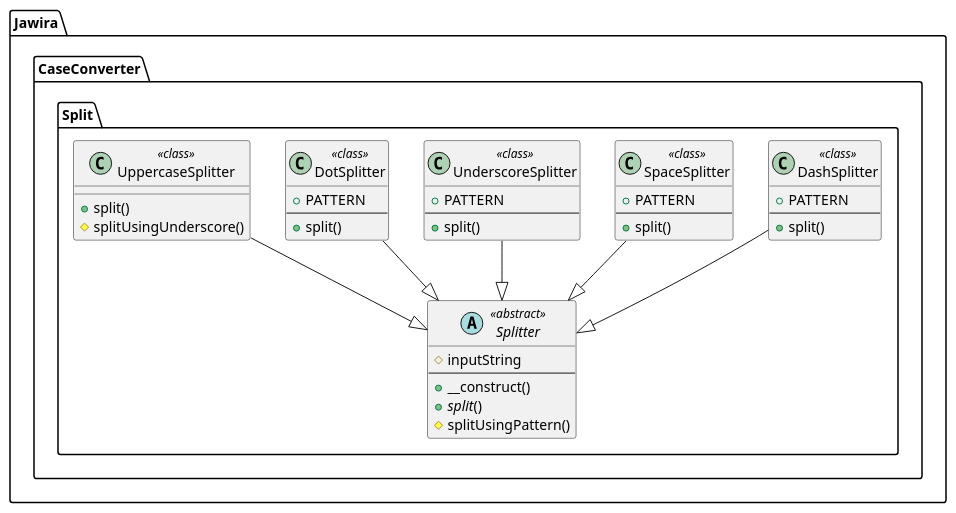
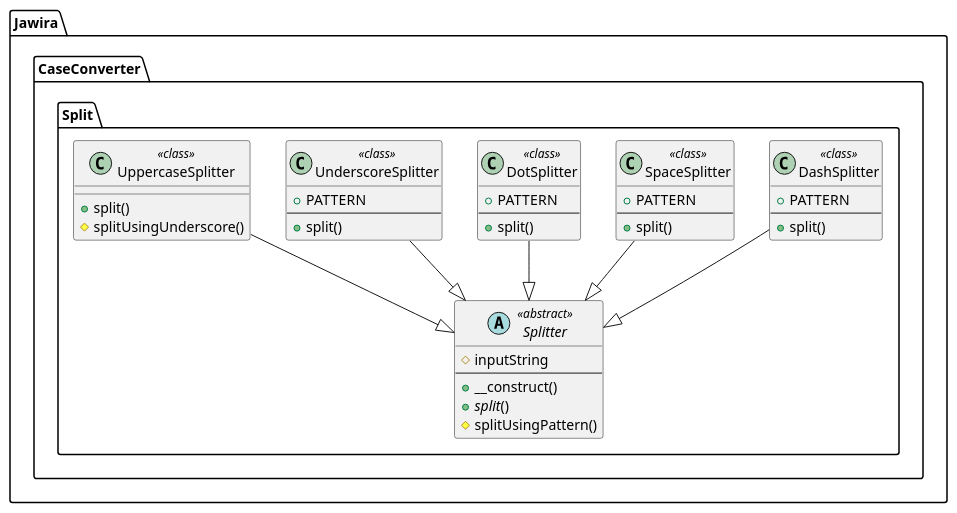
Before and after one commit to knm1/case-converter: the diagram in images/uml-split.puml, drawn with PlantUML. The commit also changed other lines of this file and 13 other files, not shown here.

```diff
--- a/images/uml-split.puml
+++ b/images/uml-split.puml
@@ -1,40 +1,40 @@
 @startuml
 namespace Jawira.CaseConverter.Split  {
 	class DashSplitter << class >> {
 		+PATTERN
 		--
 		+split()
 	}
 	abstract Splitter << abstract >> {
 		#inputString
 		--
 		+__construct()
 		+<i>split</i>()
 		#splitUsingPattern()
 	}
 	class SpaceSplitter << class >> {
 		+PATTERN
 		--
 		+split()
 	}
-	class UnderscoreSplitter << class >> {
+	class DotSplitter << class >> {
 		+PATTERN
 		--
 		+split()
 	}
-	class DotSplitter << class >> {
+	class UnderscoreSplitter << class >> {
 		+PATTERN
 		--
 		+split()
 	}
 	class UppercaseSplitter << class >> {
 		+split()
 		#splitUsingUnderscore()
 	}
 }
 Jawira.CaseConverter.Split.DashSplitter --|> Jawira.CaseConverter.Split.Splitter
 Jawira.CaseConverter.Split.SpaceSplitter --|> Jawira.CaseConverter.Split.Splitter
+Jawira.CaseConverter.Split.DotSplitter --|> Jawira.CaseConverter.Split.Splitter
 Jawira.CaseConverter.Split.UnderscoreSplitter --|> Jawira.CaseConverter.Split.Splitter
-Jawira.CaseConverter.Split.DotSplitter --|> Jawira.CaseConverter.Split.Splitter
 Jawira.CaseConverter.Split.UppercaseSplitter --|> Jawira.CaseConverter.Split.Splitter
 @enduml
```
